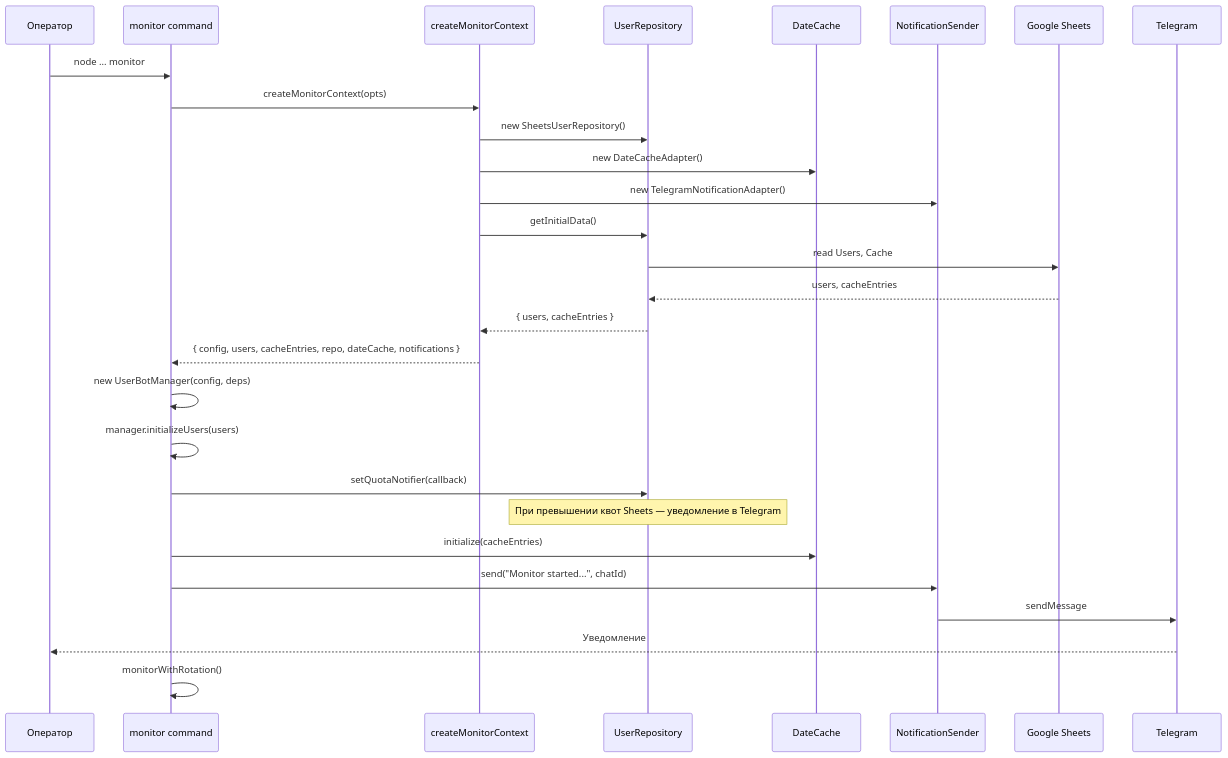
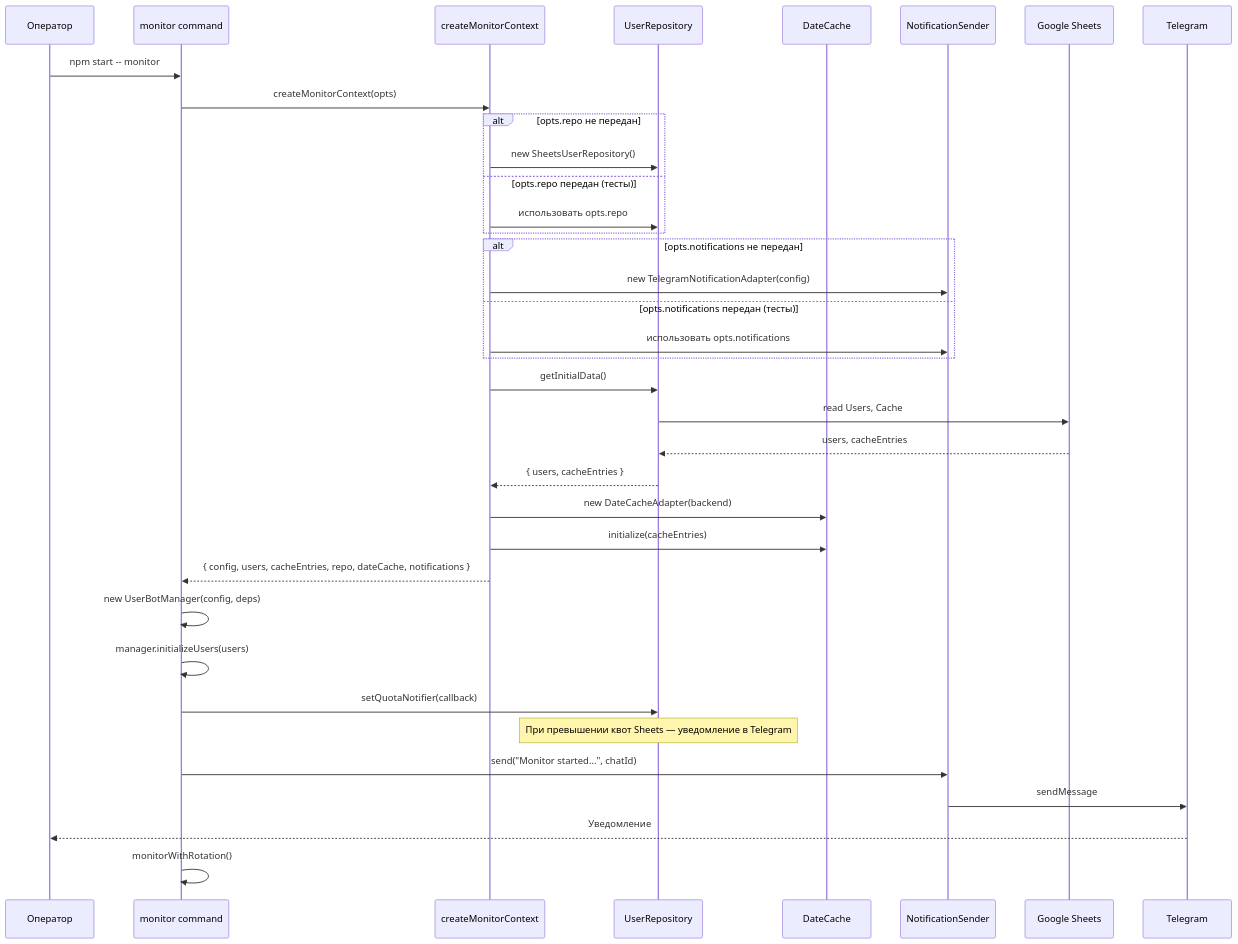
Before and after one commit to galtsev18/visa_bot: the sixth of 8 diagrams in docs/DIAGRAMS.md, drawn with Mermaid. The commit also changed other lines of this file and 9 other files, not shown here.

````diff
--- a/docs/DIAGRAMS.md
+++ b/docs/DIAGRAMS.md
@@ -208,32 +210,40 @@
 ```mermaid
 sequenceDiagram
     participant Op as Оператор
     participant CLI as monitor command
     participant Comp as createMonitorContext
     participant Repo as UserRepository
     participant Cache as DateCache
     participant Notif as NotificationSender
     participant Sheets as Google Sheets
     participant TG as Telegram
 
-    Op->>CLI: node ... monitor
+    Op->>CLI: npm start -- monitor
     CLI->>Comp: createMonitorContext(opts)
-    Comp->>Repo: new SheetsUserRepository()
-    Comp->>Cache: new DateCacheAdapter()
-    Comp->>Notif: new TelegramNotificationAdapter()
+    alt opts.repo не передан
+        Comp->>Repo: new SheetsUserRepository()
+    else opts.repo передан (тесты)
+        Comp->>Repo: использовать opts.repo
+    end
+    alt opts.notifications не передан
+        Comp->>Notif: new TelegramNotificationAdapter(config)
+    else opts.notifications передан (тесты)
+        Comp->>Notif: использовать opts.notifications
+    end
     Comp->>Repo: getInitialData()
     Repo->>Sheets: read Users, Cache
     Sheets-->>Repo: users, cacheEntries
     Repo-->>Comp: { users, cacheEntries }
+    Comp->>Cache: new DateCacheAdapter(backend)
+    Comp->>Cache: initialize(cacheEntries)
     Comp-->>CLI: { config, users, cacheEntries, repo, dateCache, notifications }
 
     CLI->>CLI: new UserBotManager(config, deps)
     CLI->>CLI: manager.initializeUsers(users)
     CLI->>Repo: setQuotaNotifier(callback)
     Note over Repo: При превышении квот Sheets — уведомление в Telegram
-    CLI->>Cache: initialize(cacheEntries)
     CLI->>Notif: send("Monitor started...", chatId)
     Notif->>TG: sendMessage
     TG-->>Op: Уведомление
     CLI->>CLI: monitorWithRotation()
 ```
````
